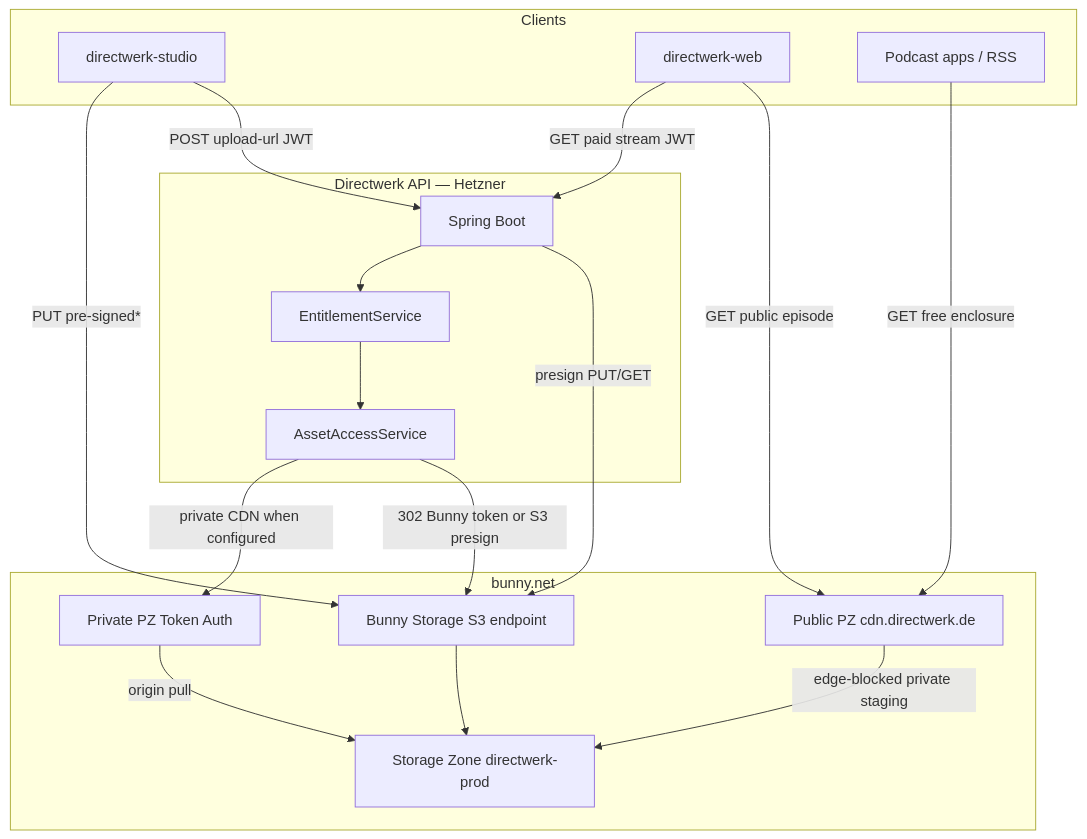
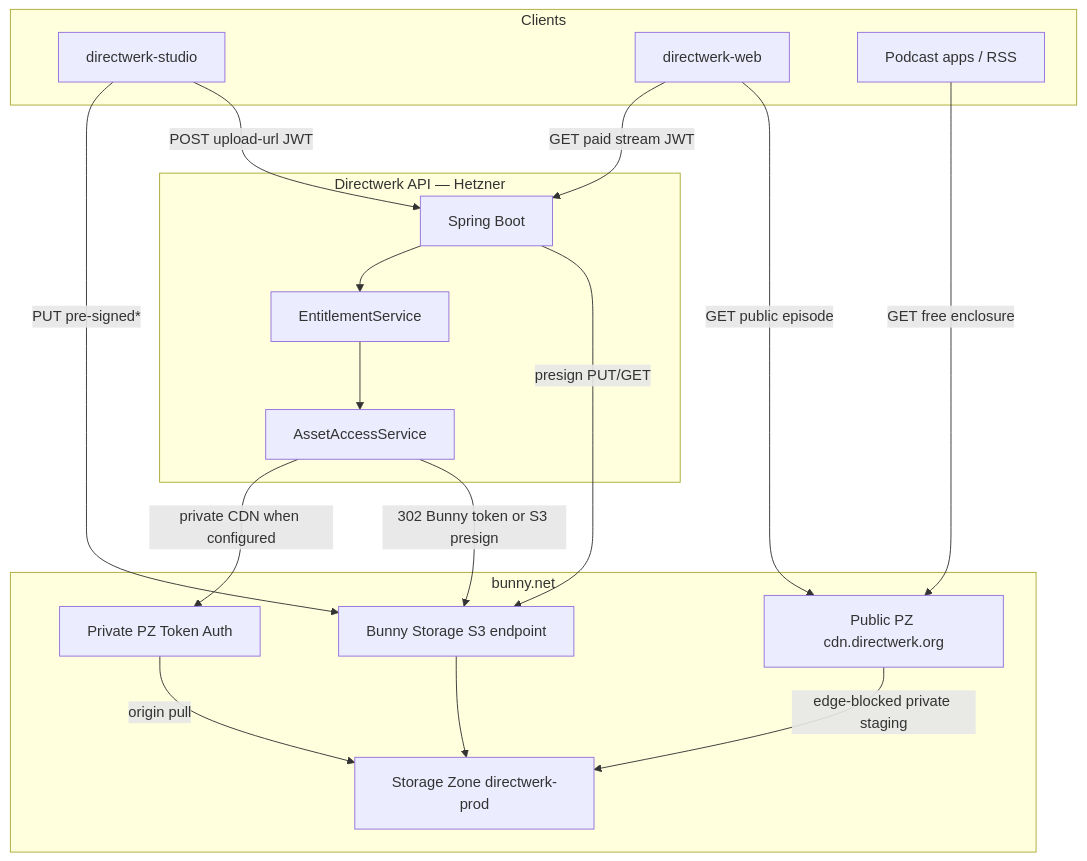
Before and after one commit to LucaNerlich/directwerk: the diagram in docs/bunny-net-integration.md, drawn with Mermaid. The commit also changed other lines of this file and 14 other files, not shown here.

````diff
--- a/docs/bunny-net-integration.md
+++ b/docs/bunny-net-integration.md
@@ -82,37 +82,37 @@
 ```mermaid
 flowchart TB
     subgraph clients [Clients]
         Studio[directwerk-studio]
         Web[directwerk-web]
         RSS[Podcast apps / RSS]
     end
 
     subgraph directwerk [Directwerk API — Hetzner]
         API[Spring Boot]
         AAS[AssetAccessService]
         Ent[EntitlementService]
     end
 
     subgraph bunny [bunny.net]
         S3[Bunny Storage S3 endpoint]
         Zone[Storage Zone directwerk-prod]
-        PublicCDN[Public PZ cdn.directwerk.de]
+        PublicCDN[Public PZ cdn.directwerk.org]
         PrivateCDN[Private PZ Token Auth]
     end
 
     Studio -->|POST upload-url JWT| API
     Studio -->|PUT pre-signed*| S3
     API -->|presign PUT/GET| S3
     S3 --> Zone
 
     Web -->|GET public episode| PublicCDN
     RSS -->|GET free enclosure| PublicCDN
     PublicCDN -->|edge-blocked private staging| Zone
 
     Web -->|GET paid stream JWT| API
     API --> Ent
     Ent --> AAS
     AAS -->|302 Bunny token or S3 presign| S3
     AAS -->|private CDN when configured| PrivateCDN
     PrivateCDN -->|origin pull| Zone
 ```
````
